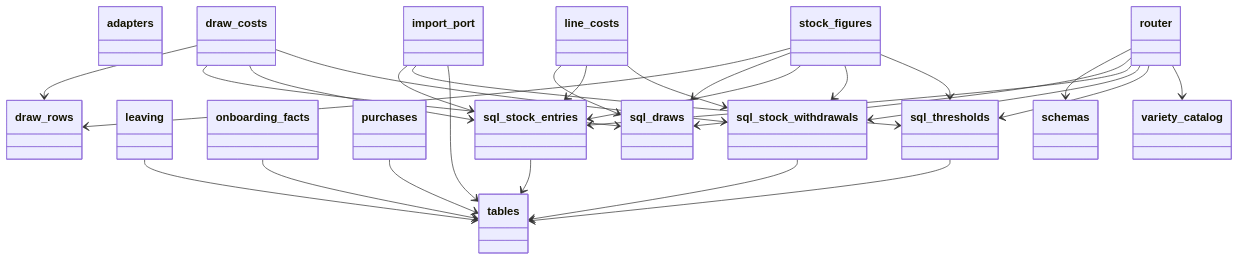
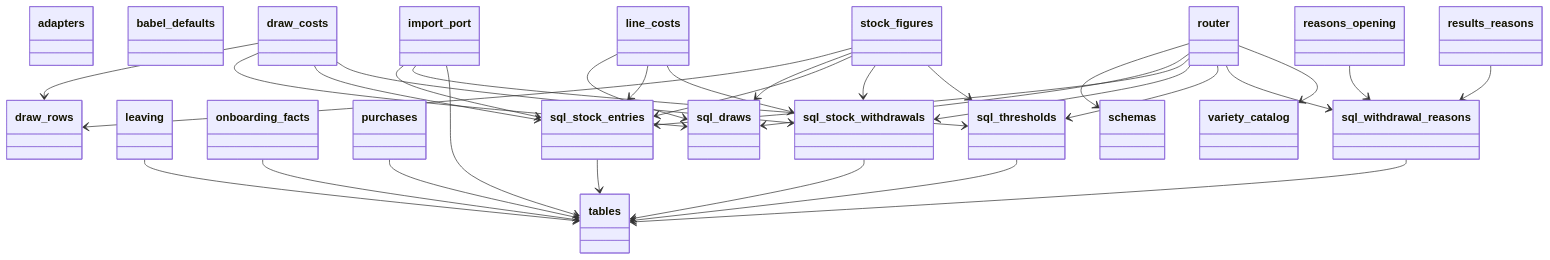
Before and after one commit to GonzaloZevallos/apostrophe: the third of 6 diagrams in docs/architecture/generated/classes/stock.md, drawn with Mermaid. The commit also changed other lines of this file and 17 other files, not shown here.

````diff
--- a/docs/architecture/generated/classes/stock.md
+++ b/docs/architecture/generated/classes/stock.md
@@ -86,64 +91,76 @@
 ```mermaid
 classDiagram
   class adapters {
+  }
+  class babel_defaults {
   }
   class draw_costs {
   }
   class draw_rows {
   }
   class import_port {
   }
   class leaving {
   }
   class line_costs {
   }
   class onboarding_facts {
   }
   class purchases {
   }
+  class reasons_opening {
+  }
+  class results_reasons {
+  }
   class router {
   }
   class schemas {
   }
   class sql_draws {
   }
   class sql_stock_entries {
   }
   class sql_stock_withdrawals {
   }
   class sql_thresholds {
+  }
+  class sql_withdrawal_reasons {
   }
   class stock_figures {
   }
   class tables {
   }
   class variety_catalog {
   }
   draw_costs --> draw_rows
   draw_costs --> sql_draws
   draw_costs --> sql_stock_entries
   draw_costs --> sql_stock_withdrawals
   import_port --> sql_stock_entries
   import_port --> sql_thresholds
   import_port --> tables
   leaving --> tables
   line_costs --> sql_draws
   line_costs --> sql_stock_entries
   line_costs --> sql_stock_withdrawals
   onboarding_facts --> tables
   purchases --> tables
+  reasons_opening --> sql_withdrawal_reasons
+  results_reasons --> sql_withdrawal_reasons
   router --> schemas
   router --> sql_draws
   router --> sql_stock_entries
   router --> sql_stock_withdrawals
   router --> sql_thresholds
+  router --> sql_withdrawal_reasons
   router --> variety_catalog
   sql_stock_entries --> tables
   sql_stock_withdrawals --> tables
   sql_thresholds --> tables
+  sql_withdrawal_reasons --> tables
   stock_figures --> draw_rows
   stock_figures --> sql_draws
   stock_figures --> sql_stock_entries
   stock_figures --> sql_stock_withdrawals
   stock_figures --> sql_thresholds
 ```
````
